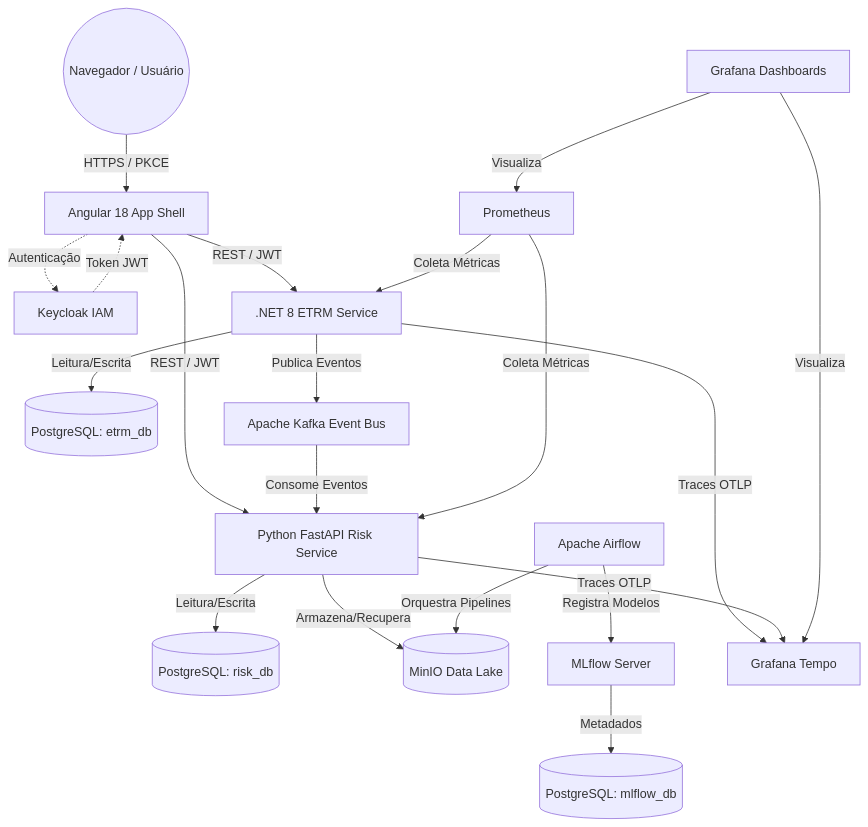
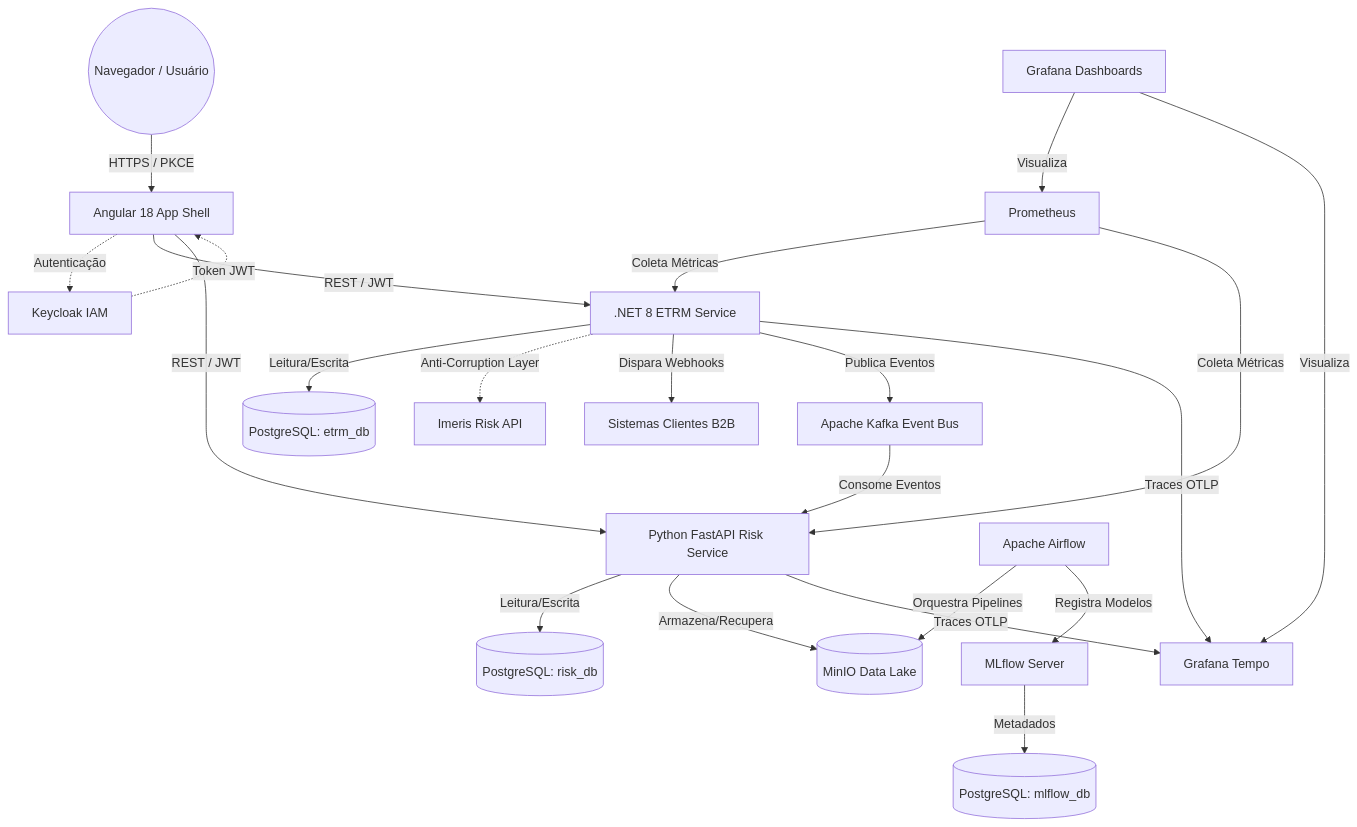
The diagram in README.md (adao00ribeiro/EnergySuite), drawn with Mermaid before and after one commit. The commit also changed other lines of this file and 16 other files, not shown here.

Commit message:
feat: implement Menza trading cockpit documentation, add global material table styles, and update project architecture specifications

````diff
--- a/README.md
+++ b/README.md
@@ -41,35 +43,39 @@
 ```mermaid
 graph TD
     %% User Interfaces
     Client((Navegador / Usuário)) -->|HTTPS / PKCE| AppShell[Angular 18 App Shell]
     
     %% Identity
     AppShell -.->|Autenticação| Keycloak[Keycloak IAM]
     Keycloak -.->|Token JWT| AppShell
     
     %% API Requests
     AppShell -->|REST / JWT| ETRM[.NET 8 ETRM Service]
     AppShell -->|REST / JWT| RiskService[Python FastAPI Risk Service]
     
     %% Core Services & Databases
     ETRM -->|Leitura/Escrita| Postgres[(PostgreSQL: etrm_db)]
     RiskService -->|Leitura/Escrita| PostgresRisk[(PostgreSQL: risk_db)]
+    
+    %% B2B Webhooks & ACL
+    ETRM -.->|Anti-Corruption Layer| Imeris[Imeris Risk API]
+    ETRM -->|Dispara Webhooks| B2BClients[Sistemas Clientes B2B]
     
     %% Asynchronous Messaging
     ETRM -->|Publica Eventos| Kafka[Apache Kafka Event Bus]
     Kafka -->|Consome Eventos| RiskService
     
     %% Data Lake & MLOps
     RiskService -->|Armazena/Recupera| Minio[(MinIO Data Lake)]
     Airflow[Apache Airflow] -->|Orquestra Pipelines| Minio
     Airflow -->|Registra Modelos| MLflow[MLflow Server]
     MLflow -->|Metadados| PostgresML[(PostgreSQL: mlflow_db)]
     
     %% Observability
     ETRM -->|Traces OTLP| Tempo[Grafana Tempo]
     RiskService -->|Traces OTLP| Tempo
     Prometheus[Prometheus] -->|Coleta Métricas| ETRM
     Prometheus -->|Coleta Métricas| RiskService
     Grafana[Grafana Dashboards] -->|Visualiza| Prometheus
     Grafana -->|Visualiza| Tempo
 ```
````
